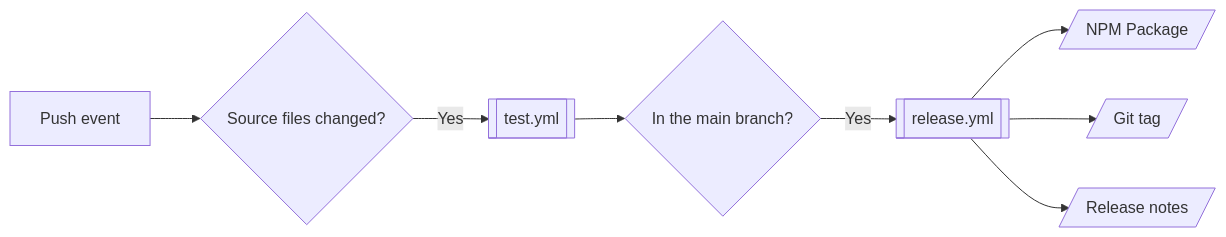
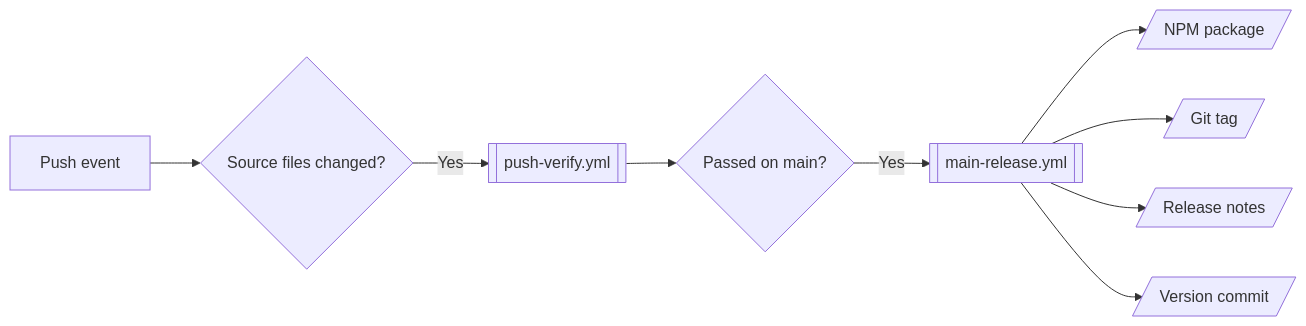
The diagram in .github/CONTRIBUTING.md (SiegeSailor/Terminal-Sigma), drawn with Mermaid before and after one commit. The commit also changed other lines of this file and 1 other file, not shown here.

Commit message:
docs: document features, usage, and the release flow

````diff
--- a/.github/CONTRIBUTING.md
+++ b/.github/CONTRIBUTING.md
@@ -52,10 +73,11 @@
 ```mermaid
 flowchart LR
   A[Push event] --> J{Source files changed?}
-  J --> |Yes| B[[test.yml]]
-  B --> E{In the main branch?}
-  E --> |Yes| F[[release.yml]]
-  F --> H[/NPM Package/]
+  J --> |Yes| B[[push-verify.yml]]
+  B --> E{Passed on main?}
+  E --> |Yes| F[[main-release.yml]]
+  F --> H[/NPM package/]
   F --> I[/Git tag/]
   F --> G[/Release notes/]
+  F --> K[/Version commit/]
 ```
````
